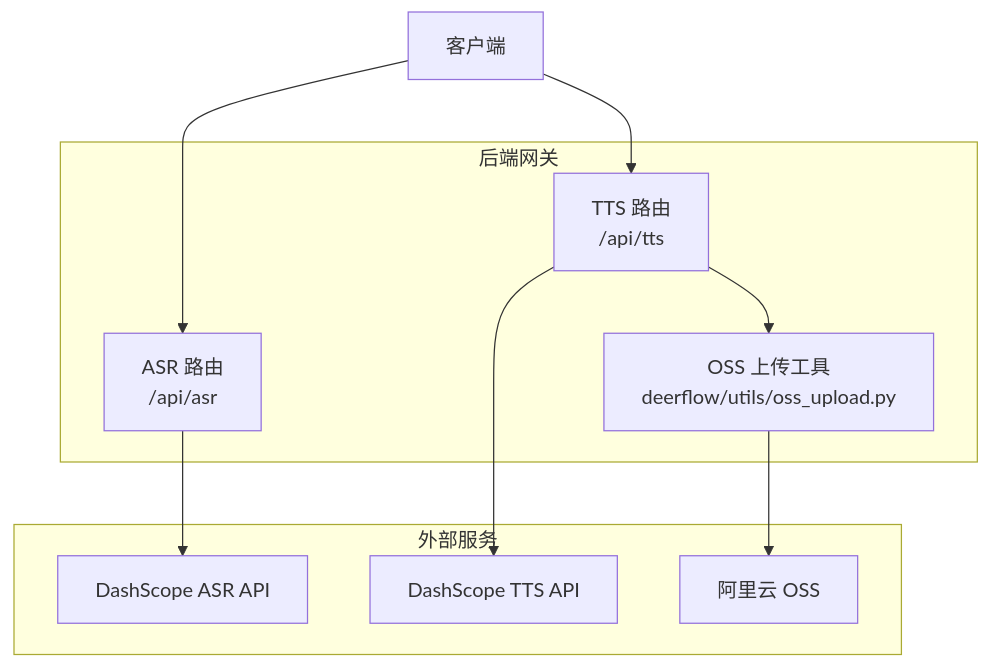
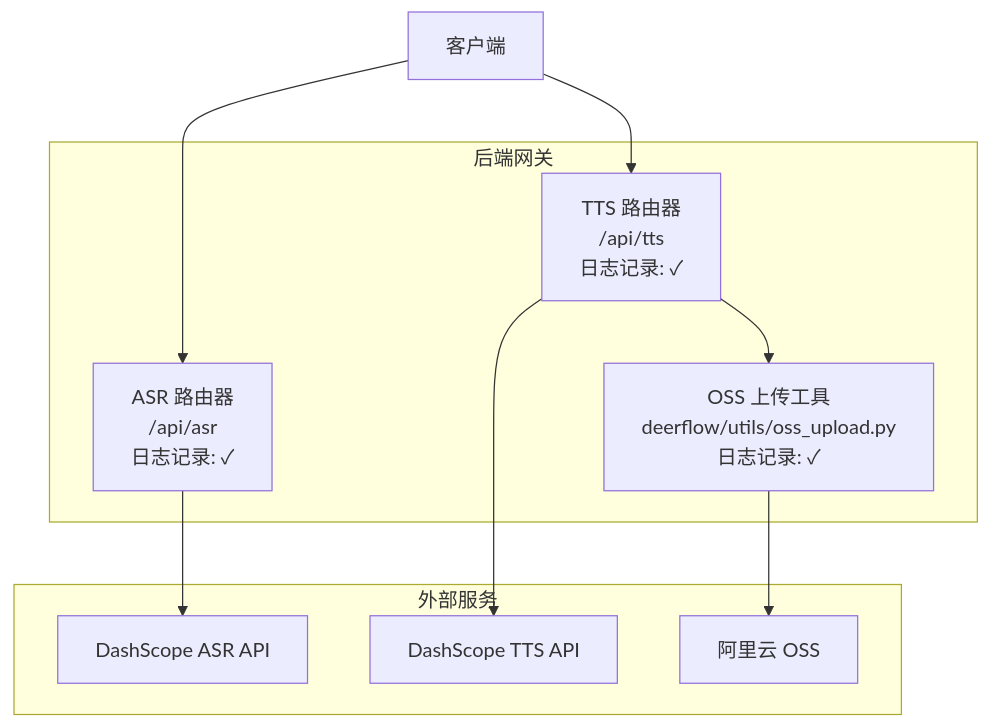
The first of 6 diagrams in .qoder/repowiki/zh/content/架构设计/核心组件详解/网关 API/语音转文字路由器.md (hbxfhrg/deer-flow), drawn with Mermaid before and after one commit. The commit also changed other lines of this file and 18 other files, not shown here.

````diff
--- a/.qoder/repowiki/zh/content/架构设计/核心组件详解/网关 API/语音转文字路由器.md
+++ b/.qoder/repowiki/zh/content/架构设计/核心组件详解/网关 API/语音转文字路由器.md
@@ -37,19 +47,19 @@
 ```mermaid
 graph TB
 subgraph "后端网关"
-R1["ASR 路由<br/>/api/asr"]
-R2["TTS 路由<br/>/api/tts"]
-U1["OSS 上传工具<br/>deerflow/utils/oss_upload.py"]
+R1["ASR 路由器<br/>/api/asr<br/>日志记录: ✓"]
+R2["TTS 路由器<br/>/api/tts<br/>日志记录: ✓"]
+U1["OSS 上传工具<br/>deerflow/utils/oss_upload.py<br/>日志记录: ✓"]
 end
 subgraph "外部服务"
 D1["DashScope ASR API"]
 D2["DashScope TTS API"]
 O1["阿里云 OSS"]
 end
 C1["客户端"] --> R1
 C1 --> R2
 R1 --> D1
 R2 --> D2
 R2 --> U1
 U1 --> O1
 ```
````
